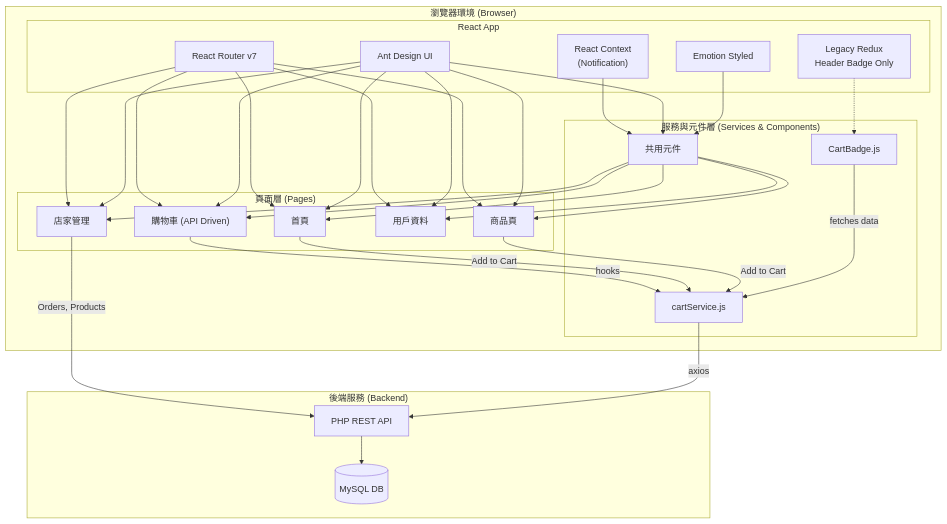
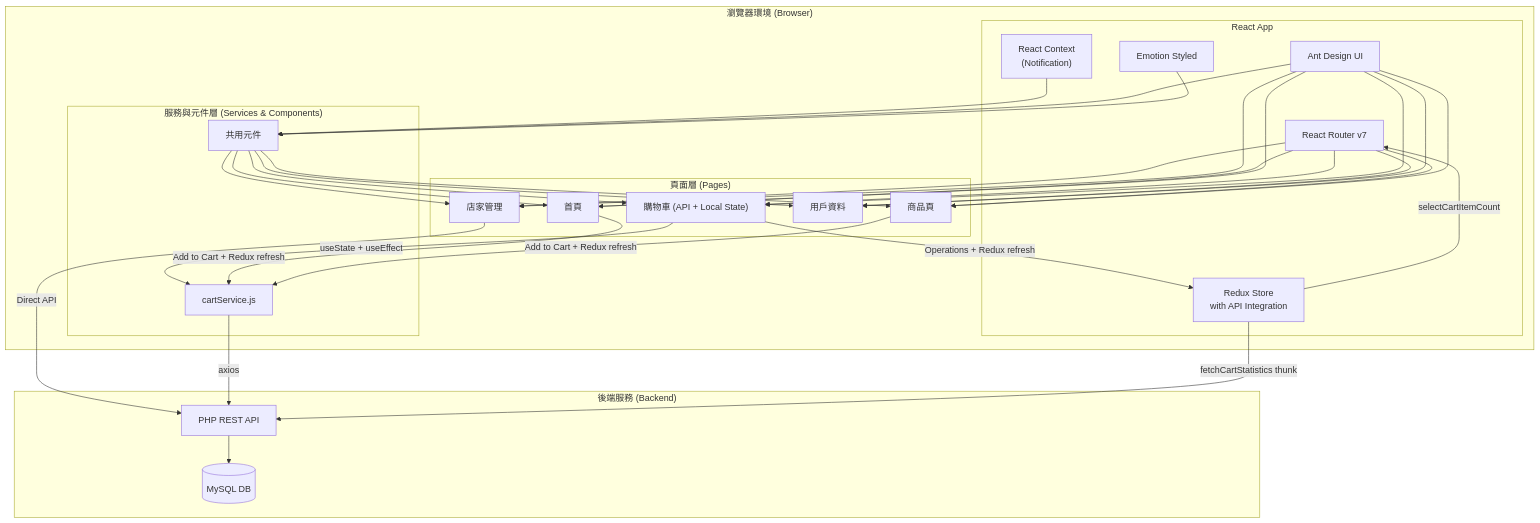
Before and after one commit to lumberjack0708/React-MVC: the diagram in frontInfo_v2.md, drawn with Mermaid. The commit also changed other lines of this file and 8 other files, not shown here.

````diff
--- a/frontInfo_v2.md
+++ b/frontInfo_v2.md
@@ -34,68 +39,67 @@
 ```mermaid
 flowchart TB
     %% ----- 前端 -----
     subgraph "瀏覽器環境 (Browser)"
         subgraph "React App"
             Router[React Router v7]
             Context["React Context<br/>(Notification)"]
             AntD["Ant Design UI"]
             Emotion["Emotion Styled"]
-            Redux["Legacy Redux<br/>Header Badge Only"]
+            Redux["Redux Store<br/>with API Integration"]
         end
 
         subgraph "頁面層 (Pages)"
             HomePage[首頁]
             ProductsPage[商品頁]
-            CartPage["購物車 (API Driven)"]
+            CartPage["購物車 (API + Local State)"]
             UserProfile[用戶資料]
             StoreManagement[店家管理]
         end
 
         subgraph "服務與元件層 (Services & Components)"
             CartService[cartService.js]
-            CartBadge[CartBadge.js]
             Components[共用元件]
         end
     end
 
     %% ----- 後端 -----
     subgraph "後端服務 (Backend)"
         API[PHP REST API]
         DB[(MySQL DB)]
     end
 
     %% --- 路由關係 ---
     Router --> HomePage
     Router --> ProductsPage
     Router --> CartPage
     Router --> UserProfile
     Router --> StoreManagement
 
-    %% --- 資料流 ---
-    CartPage -- hooks --> CartService
-    HomePage -- "Add to Cart" --> CartService
-    ProductsPage -- "Add to Cart" --> CartService
-    StoreManagement -- "Orders, Products" --> API
+    %% --- 混合資料流 (v3.2.1) ---
+    CartPage -- "useState + useEffect" --> CartService
+    HomePage -- "Add to Cart + Redux refresh" --> CartService
+    ProductsPage -- "Add to Cart + Redux refresh" --> CartService
+    CartPage -- "Operations + Redux refresh" --> Redux
+    StoreManagement -- "Direct API" --> API
     CartService -- axios --> API
+    Redux -- "fetchCartStatistics thunk" --> API
     API --> DB
 
     %% --- UI 元件關係 ---
     Context --> Components
     AntD --> Components
     AntD --> HomePage
     AntD --> ProductsPage
     AntD --> CartPage
     AntD --> UserProfile
     AntD --> StoreManagement
     Emotion --> Components
 
-    CartBadge -- "fetches data" --> CartService
+    %% --- Redux 整合關係 (v3.2.1) ---
+    Redux -- "selectCartItemCount" --> Router
     Components --> HomePage
     Components --> ProductsPage
     Components --> CartPage
     Components --> UserProfile
     Components --> StoreManagement
-
-    %% --- 遺留關係 ---
-    Redux -.-> CartBadge
 ```
````
